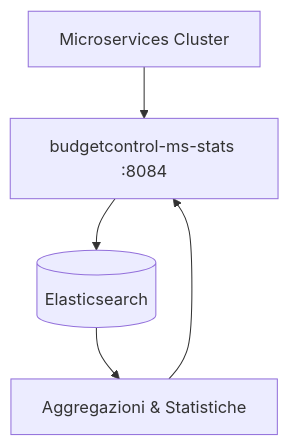
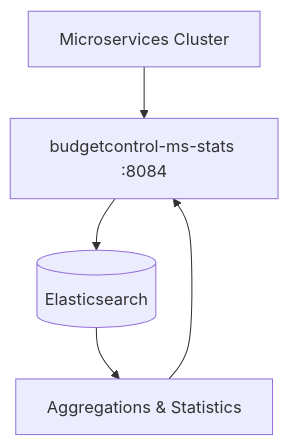
Before and after one commit to BudgetControl/Documentation: the first of 2 diagrams in docs/Infrastructure/Elasticsearch.md, drawn with Mermaid. The commit also changed other lines of this file and 3 other files, not shown here.

````diff
--- a/docs/Infrastructure/Elasticsearch.md
+++ b/docs/Infrastructure/Elasticsearch.md
@@ -13,7 +13,7 @@
 ```mermaid
 graph TD
     Microservices[Microservices Cluster] --> StatsMS[budgetcontrol-ms-stats :8084]
     StatsMS --> Elasticsearch[(Elasticsearch)]
-    Elasticsearch --> Aggregations[Aggregazioni & Statistiche]
+    Elasticsearch --> Aggregations[Aggregations & Statistics]
     Aggregations --> StatsMS
 ```
````
